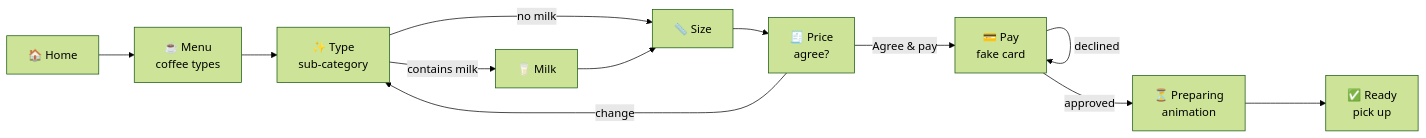
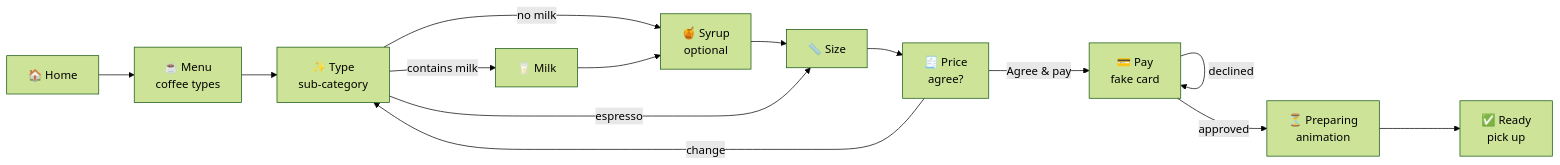
Before and after one commit to marwaelrayes123/morning-cafe: the first of 5 diagrams in docs/ARCHITECTURE.md, drawn with Mermaid (forest theme). The commit also changed other lines of this file and 55 other files, not shown here.

````diff
--- a/docs/ARCHITECTURE.md
+++ b/docs/ARCHITECTURE.md
@@ -12,14 +12,16 @@
 ```mermaid
 flowchart LR
     H[🏠 Home] --> M[☕ Menu<br/>coffee types]
     M --> V[✨ Type<br/>sub-category]
     V -->|contains milk| K[🥛 Milk]
-    V -->|no milk| Z[📏 Size]
-    K --> Z
+    V -->|no milk| Y
+    K --> Y[🍯 Syrup<br/>optional]
+    Y --> Z[📏 Size]
+    V -->|espresso| Z
     Z --> R[🧾 Price<br/>agree?]
     R -->|Agree & pay| P[💳 Pay<br/>fake card]
     R -->|change| V
     P -->|declined| P
     P -->|approved| W[⏳ Preparing<br/>animation]
     W --> D[✅ Ready<br/>pick up]
 ```
````
